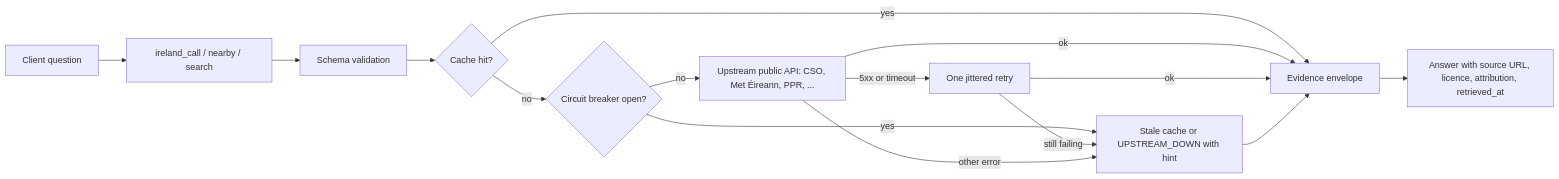
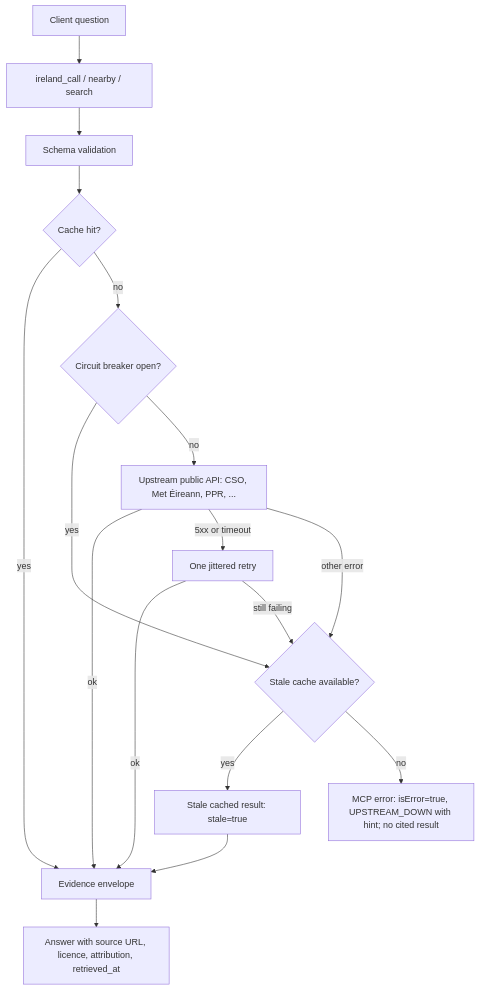
The diagram in README.md (c-mongan/ireland-mcp), drawn with Mermaid before and after one commit. The commit also changed 2 other files, not shown here.

Commit message:
Fix Inspector citation and recording evidence; clarify uncached errors

````diff
--- a/README.md
+++ b/README.md
@@ -37,17 +37,19 @@
 ```mermaid
-flowchart LR
+flowchart TD
   Q[Client question] --> T[ireland_call / nearby / search]
   T --> V[Schema validation]
   V --> C{Cache hit?}
   C -- yes --> E[Evidence envelope]
   C -- no --> B{Circuit breaker open?}
-  B -- yes --> S[Stale cache or UPSTREAM_DOWN with hint]
+  B -- yes --> S{Stale cache available?}
   B -- no --> U[Upstream public API: CSO, Met Éireann, PPR, ...]
   U -- ok --> E
   U -- 5xx or timeout --> R[One jittered retry]
   R -- ok --> E
   R -- still failing --> S
   U -- other error --> S
-  S --> E
+  S -- yes --> F[Stale cached result: stale=true]
+  F --> E
+  S -- no --> X["MCP error: isError=true, UPSTREAM_DOWN with hint; no cited result"]
   E --> A[Answer with source URL, licence, attribution, retrieved_at]
 ```
````
